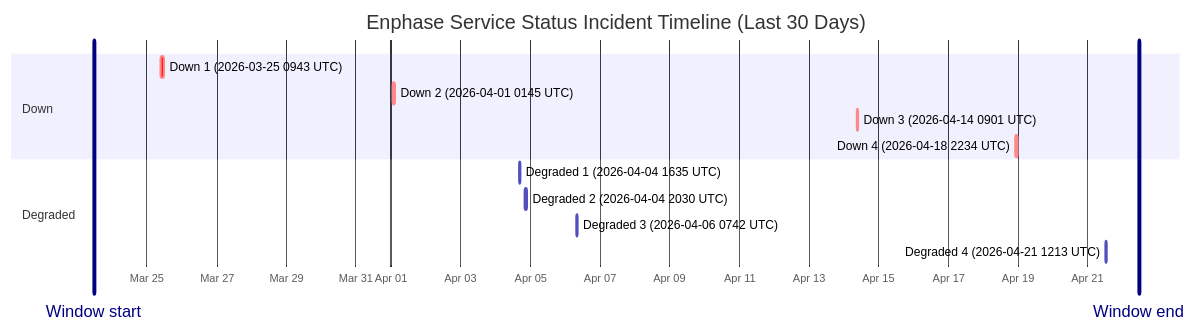
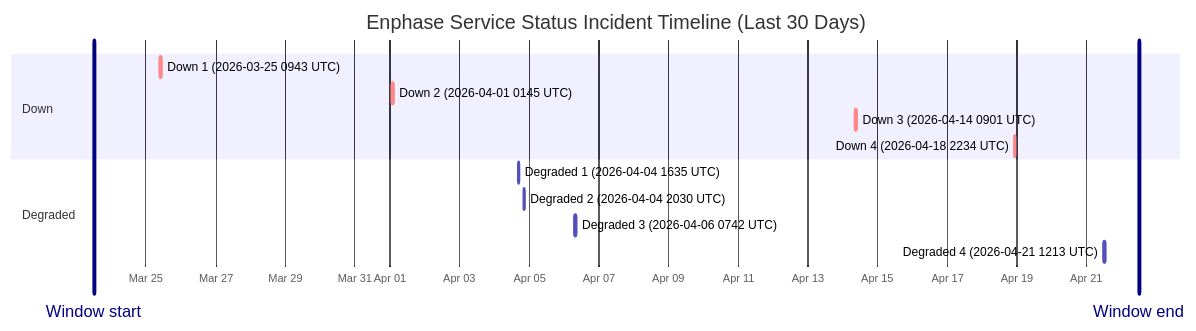
One commit to barneyonline/ha-enphase-ev-charger changed the diagram in wiki/Service-Status-History.md. Above: the diagram before and after it, drawn with Mermaid. The commit also changed other lines of this file and 3 other files, not shown here.

````diff
--- a/wiki/Service-Status-History.md
+++ b/wiki/Service-Status-History.md
@@ -14,18 +14,18 @@
 ```mermaid
 gantt
     title Enphase Service Status Incident Timeline (Last 30 Days)
     dateFormat  YYYY-MM-DDTHH:mm:ss
     axisFormat  %b %d
-    Window start :vert, window-start, 2026-03-23T11:16:14, 0ms
-    Window end :vert, window-end, 2026-04-22T11:16:14, 0ms
+    Window start :vert, window-start, 2026-03-23T12:12:44, 0ms
+    Window end :vert, window-end, 2026-04-22T12:12:44, 0ms
     section Down
     Down 1 (2026-03-25 0943 UTC) :crit, down-1, 2026-03-25T09:43:28, 111m
     Down 2 (2026-04-01 0145 UTC) :crit, down-2, 2026-04-01T01:45:09, 60m
     Down 3 (2026-04-14 0901 UTC) :crit, down-3, 2026-04-14T09:01:13, 60m
     Down 4 (2026-04-18 2234 UTC) :crit, down-4, 2026-04-18T22:34:13, 60m
     section Degraded
     Degraded 1 (2026-04-04 1635 UTC) :active, degraded-1, 2026-04-04T16:35:17, 60m
     Degraded 2 (2026-04-04 2030 UTC) :active, degraded-2, 2026-04-04T20:30:40, 60m
     Degraded 3 (2026-04-06 0742 UTC) :active, degraded-3, 2026-04-06T07:42:09, 85m
     Degraded 4 (2026-04-21 1213 UTC) :active, degraded-4, 2026-04-21T12:13:11, 60m
 ```
````
